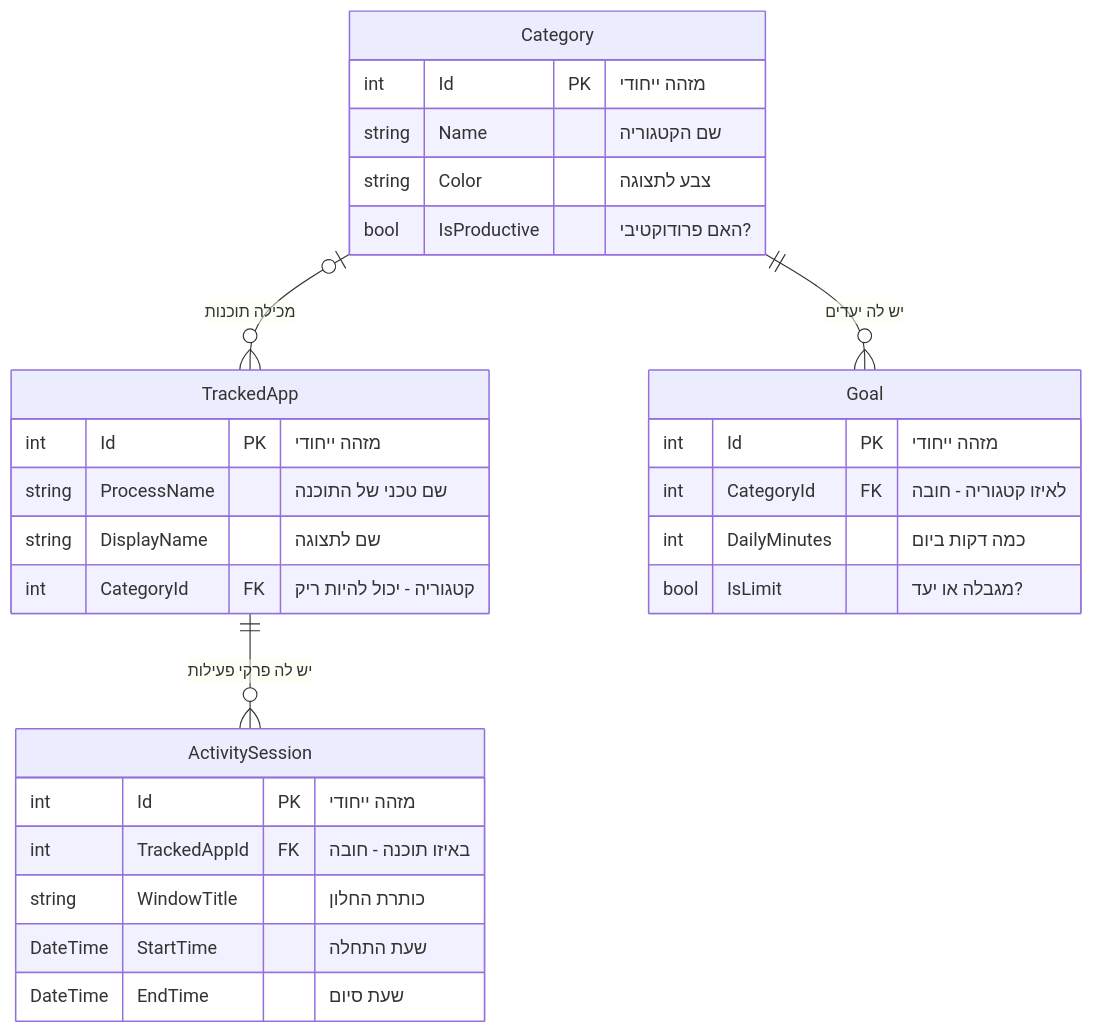
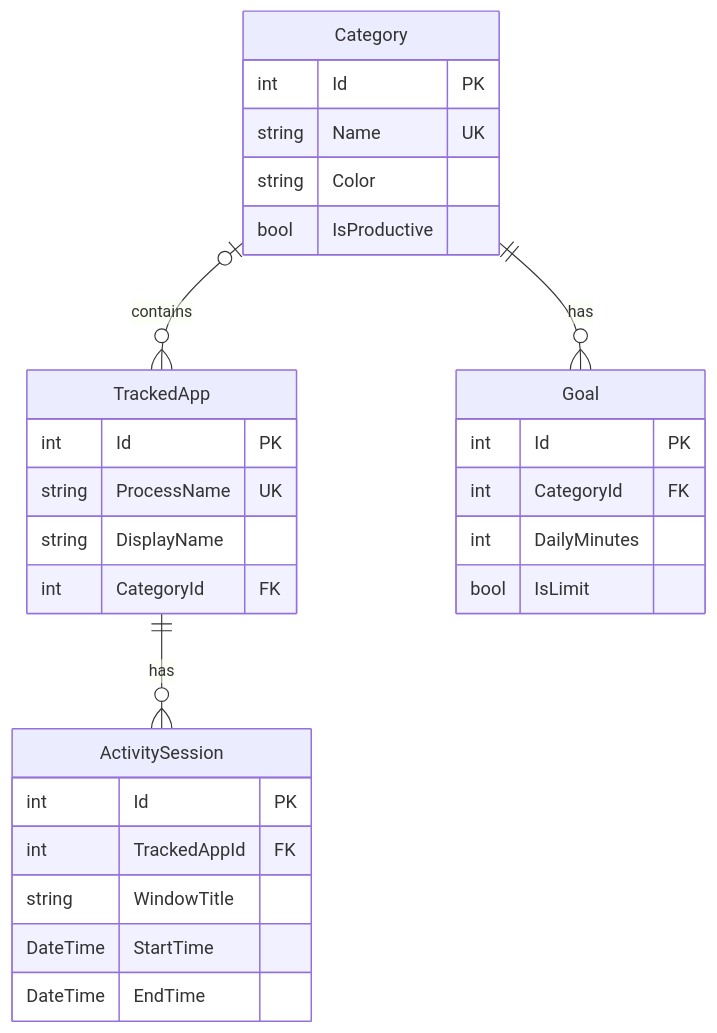
One commit to Mali-Montag-dev/TimeTracker changed the second of 2 diagrams in docs/SPEC.md. Above: the diagram before and after it, drawn with Mermaid. The commit also changed other lines of this file, not shown here.

````diff
--- a/docs/SPEC.md
+++ b/docs/SPEC.md
@@ -63,35 +88,32 @@
 ```mermaid
 erDiagram
-    Category |o--o{ TrackedApp : "מכילה תוכנות"
-    TrackedApp ||--o{ ActivitySession : "יש לה פרקי פעילות"
-    Category ||--o{ Goal : "יש לה יעדים"
+    Category |o--o{ TrackedApp : "contains"
+    TrackedApp ||--o{ ActivitySession : "has"
+    Category ||--o{ Goal : "has"
 
     Category {
-        int Id PK "מזהה ייחודי"
-        string Name "שם הקטגוריה"
-        string Color "צבע לתצוגה"
-        bool IsProductive "האם פרודוקטיבי?"
+        int Id PK
+        string Name UK
+        string Color
+        bool IsProductive
     }
-
     TrackedApp {
-        int Id PK "מזהה ייחודי"
-        string ProcessName "שם טכני של התוכנה"
-        string DisplayName "שם לתצוגה"
-        int CategoryId FK "קטגוריה - יכול להיות ריק"
+        int Id PK
+        string ProcessName UK
+        string DisplayName
+        int CategoryId FK
     }
-
     ActivitySession {
-        int Id PK "מזהה ייחודי"
-        int TrackedAppId FK "באיזו תוכנה - חובה"
-        string WindowTitle "כותרת החלון"
-        DateTime StartTime "שעת התחלה"
-        DateTime EndTime "שעת סיום"
+        int Id PK
+        int TrackedAppId FK
+        string WindowTitle
+        DateTime StartTime
+        DateTime EndTime
     }
-
     Goal {
-        int Id PK "מזהה ייחודי"
-        int CategoryId FK "לאיזו קטגוריה - חובה"
-        int DailyMinutes "כמה דקות ביום"
-        bool IsLimit "מגבלה או יעד?"
+        int Id PK
+        int CategoryId FK
+        int DailyMinutes
+        bool IsLimit
     }
 ```
````
